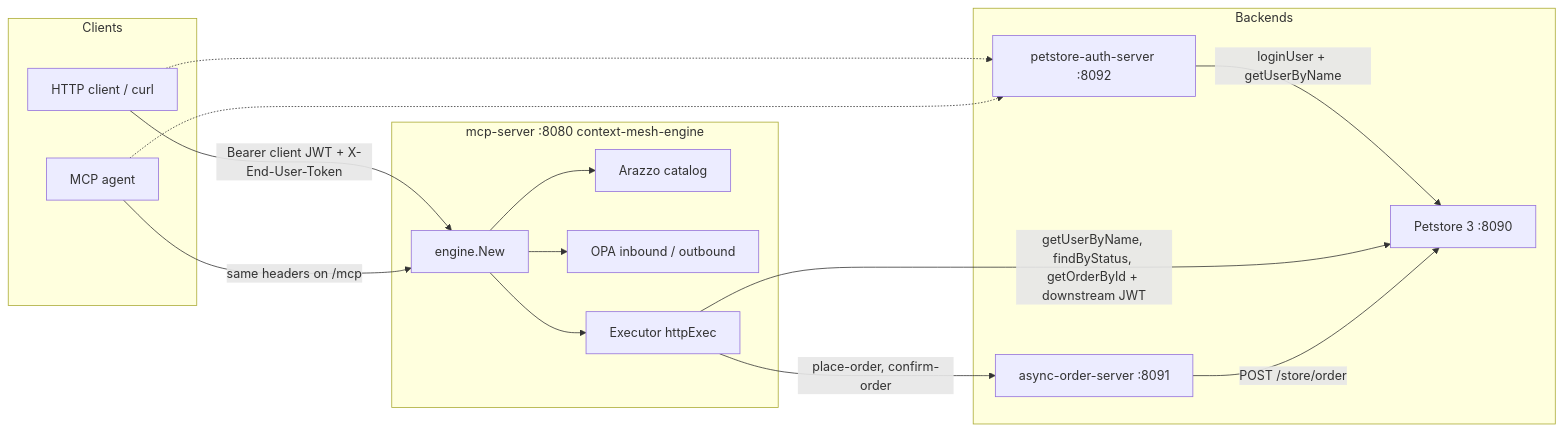
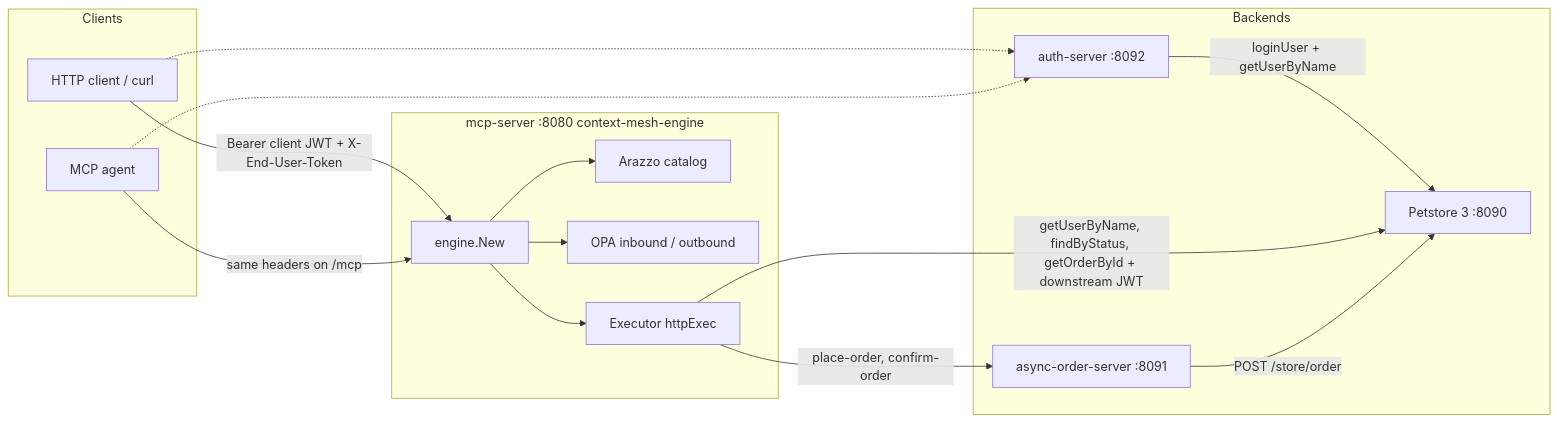
Before and after one commit to mevansam/context-mesh-engine: the first of 10 diagrams in examples/petstore/README.md, drawn with Mermaid. The commit also changed other lines of this file and 17 other files, not shown here.

First line of the commit message:
Refactor Petstore example to introduce auth-server and openapi-server

````diff
--- a/examples/petstore/README.md
+++ b/examples/petstore/README.md
@@ -65,32 +65,32 @@
 ```mermaid
 flowchart LR
   subgraph clients [Clients]
     REST["HTTP client / curl"]
     MCP["MCP agent"]
   end
 
   subgraph host ["mcp-server :8080 context-mesh-engine"]
     Engine["engine.New"]
     Catalog["Arazzo catalog"]
     OPA["OPA inbound / outbound"]
     Exec["Executor httpExec"]
     Engine --> Catalog
     Engine --> OPA
     Engine --> Exec
   end
 
   subgraph backends [Backends]
-    Auth["petstore-auth-server :8092"]
+    Auth["auth-server :8092"]
     Pet["Petstore 3 :8090"]
     Async["async-order-server :8091"]
   end
 
   REST -->|"Bearer client JWT + X-End-User-Token"| Engine
   MCP -->|"same headers on /mcp"| Engine
   REST -.-> Auth
   MCP -.-> Auth
   Auth -->|"loginUser + getUserByName"| Pet
   Exec -->|"getUserByName, findByStatus, getOrderById + downstream JWT"| Pet
   Exec -->|"place-order, confirm-order"| Async
   Async -->|"POST /store/order"| Pet
 ```
````
